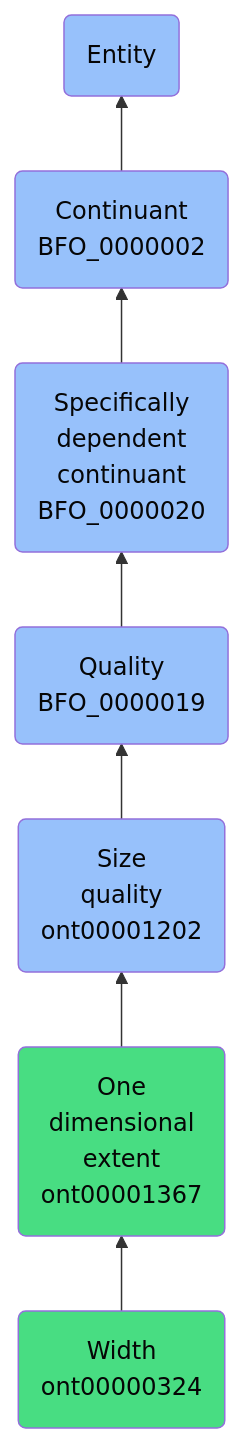
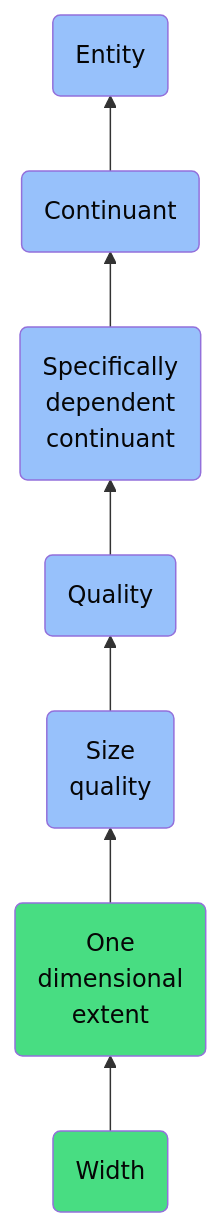
The diagram in docs/ontology/reference/model/Entity/Continuant/Specifically dependent continuant/Quality/Size quality/One dimensional extent/Width/Width.md (jupyter-naas/abi), drawn with Mermaid before and after one commit. The commit also changed other lines of this file and 1430 other files, not shown here.

````diff
--- a/docs/ontology/reference/model/Entity/Continuant/Specifically dependent continuant/Quality/Size quality/One dimensional extent/Width/Width.md
+++ b/docs/ontology/reference/model/Entity/Continuant/Specifically dependent continuant/Quality/Size quality/One dimensional extent/Width/Width.md
@@ -24,14 +24,14 @@
 ```mermaid
 graph BT
-    ont00000324(Width<br>ont00000324):::ABI-->ont00001367
-    ont00001367(One<br>dimensional<br>extent<br>ont00001367):::ABI-->ont00001202
-    ont00001202(Size<br>quality<br>ont00001202):::BFO-->BFO_0000019
-    BFO_0000019(Quality<br>BFO_0000019):::BFO-->BFO_0000020
-    BFO_0000020(Specifically<br>dependent<br>continuant<br>BFO_0000020):::BFO-->BFO_0000002
-    BFO_0000002(Continuant<br>BFO_0000002):::BFO-->BFO_0000001
+    ont00000324(Width):::ABI-->ont00001367
+    ont00001367(One<br>dimensional<br>extent):::ABI-->ont00001202
+    ont00001202(Size<br>quality):::BFO-->BFO_0000019
+    BFO_0000019(Quality):::BFO-->BFO_0000020
+    BFO_0000020(Specifically<br>dependent<br>continuant):::BFO-->BFO_0000002
+    BFO_0000002(Continuant):::BFO-->BFO_0000001
     BFO_0000001(Entity):::BFO
     
     classDef BFO fill:#97c1fb,color:#060606
     classDef CCO fill:#e4c51e,color:#060606
     classDef ABI fill:#48DD82,color:#060606
 ```
````
